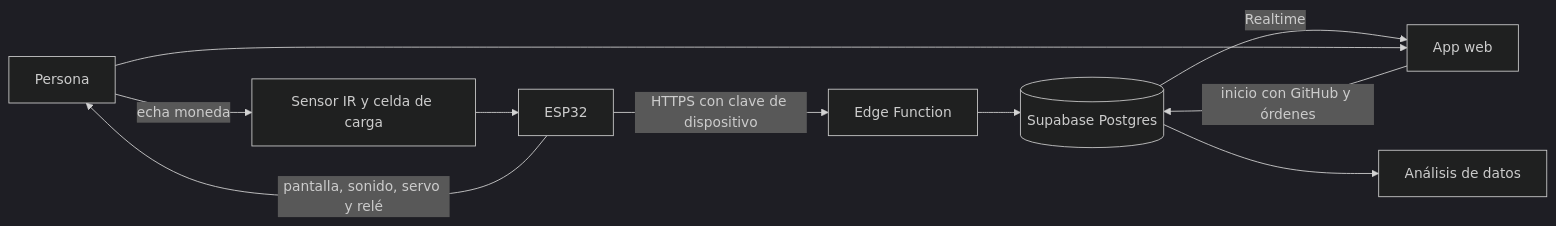
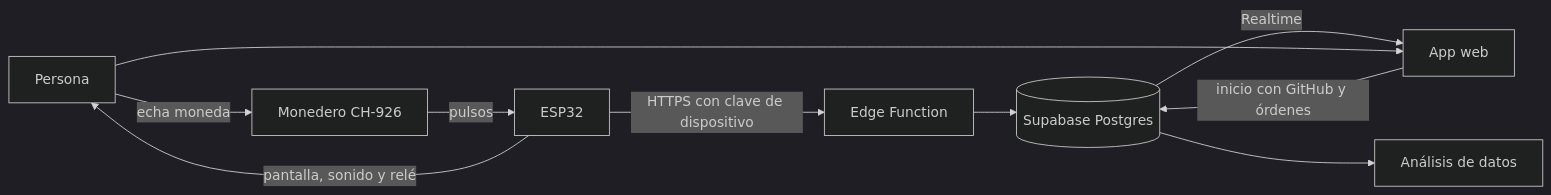
One commit to sklinderton/alcancia-colones changed the diagram in README.md. Above: the diagram before and after it, drawn with Mermaid (dark theme). The commit also changed other lines of this file and 9 other files, not shown here.

````diff
--- a/README.md
+++ b/README.md
@@ -22,12 +23,12 @@
 ```mermaid
 flowchart LR
-    U[Persona] -->|echa moneda| S[Sensor IR y celda de carga]
-    S --> E[ESP32]
-    E -->|pantalla, sonido, servo y relé| U
+    U[Persona] -->|echa moneda| S[Monedero CH-926]
+    S -->|pulsos| E[ESP32]
+    E -->|pantalla, sonido y relé| U
     E -->|HTTPS con clave de dispositivo| F[Edge Function]
     F --> D[(Supabase Postgres)]
     D -->|Realtime| A[App web]
     A -->|inicio con GitHub y órdenes| D
     U --> A
     D --> P[Análisis de datos]
 ```
````
